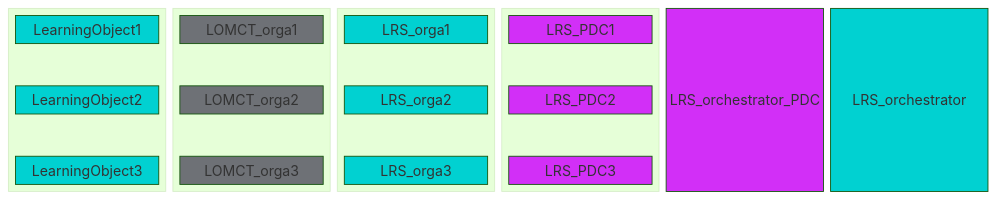
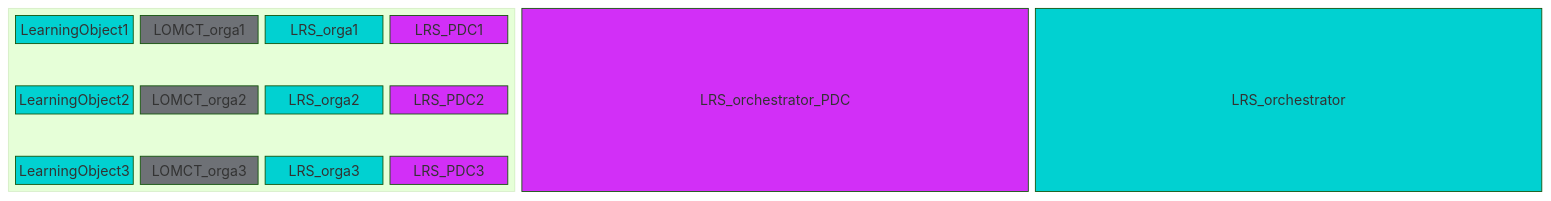
Before and after one commit to Prometheus-X-association/lomct: the first of 3 diagrams in docs/design-document.md, drawn with Mermaid (forest theme). The commit also changed other lines of this file, not shown here.

````diff
--- a/docs/design-document.md
+++ b/docs/design-document.md
@@ -179,47 +159,31 @@
 ```mermaid
 
 block-beta
 
-columns 6
+columns 3
 
 block:group1
-columns 1
-LearningObject1 space LearningObject2 space LearningObject3
-end
-
-block:group2
-columns 1
-LOMCT_orga1 space LOMCT_orga2 space LOMCT_orga3
-end
-
-block:group3
-columns 1
-LRS_orga1 space LRS_orga2 space LRS_orga3
-end
-
-block:group4
-columns 1
-LRS_PDC1 space LRS_PDC2 space LRS_PDC3
+columns 4
+LearningObject1 LOMCT_orga1 LRS_orga1 LRS_PDC1 space space space space LearningObject2 LOMCT_orga2 LRS_orga2 LRS_PDC2 space space space space LearningObject3 LOMCT_orga3 LRS_orga3 LRS_PDC3
 end
 
 LRS_orchestrator_PDC:1 LRS_orchestrator:1
-
 
 classDef colorA fill:#D22FF7,color:#fff
 classDef colorEx fill:#01D1D1,color:#fff
 classDef colorED fill:#6E7176,color:#fff
 class LearningObject1 colorEx
 class LearningObject2 colorEx
 class LearningObject3 colorEx
 class LRS_orga1 colorEx
 class LRS_orga2 colorEx
 class LRS_orga3 colorEx
 class LRS_orchestrator colorEx
 class LOMCT_orga1 colorED
 class LOMCT_orga2 colorED
 class LOMCT_orga3 colorED
 class LRS_PDC1 colorA
 class LRS_PDC2 colorA
 class LRS_PDC3 colorA
 class LRS_orchestrator_PDC colorA
 ```
````
